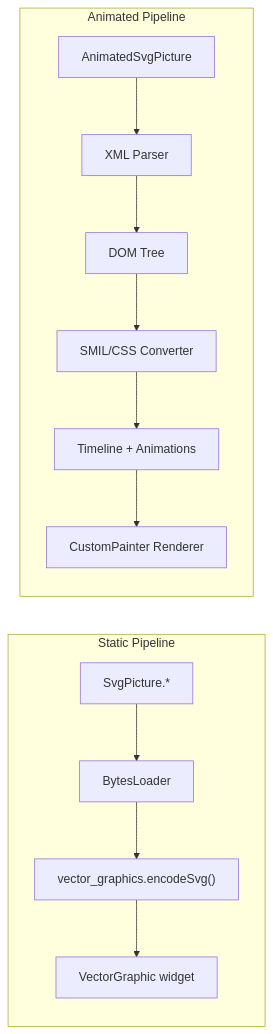
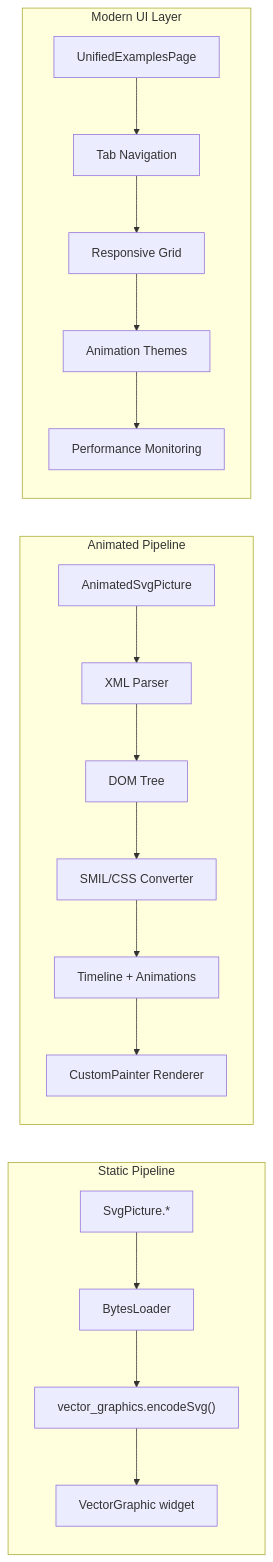
Before and after one commit to denisnadey/flutter_full_svg_support: the second of 8 diagrams in .qoder/repowiki/en/content/Examples and Tutorials.md, drawn with Mermaid. The commit also changed other lines of this file and 8 other files, not shown here.

````diff
--- a/.qoder/repowiki/en/content/Examples and Tutorials.md
+++ b/.qoder/repowiki/en/content/Examples and Tutorials.md
@@ -132,15 +186,21 @@
 ```mermaid
 graph LR
 subgraph "Static Pipeline"
 S1["SvgPicture.*"] --> S2["BytesLoader"]
 S2 --> S3["vector_graphics.encodeSvg()"]
 S3 --> S4["VectorGraphic widget"]
 end
 subgraph "Animated Pipeline"
 A1["AnimatedSvgPicture"] --> A2["XML Parser"]
 A2 --> A3["DOM Tree"]
 A3 --> A4["SMIL/CSS Converter"]
 A4 --> A5["Timeline + Animations"]
 A5 --> A6["CustomPainter Renderer"]
 end
+subgraph "Modern UI Layer"
+U1["UnifiedExamplesPage"] --> U2["Tab Navigation"]
+U2 --> U3["Responsive Grid"]
+U3 --> U4["Animation Themes"]
+U4 --> U5["Performance Monitoring"]
+end
 ```
````
